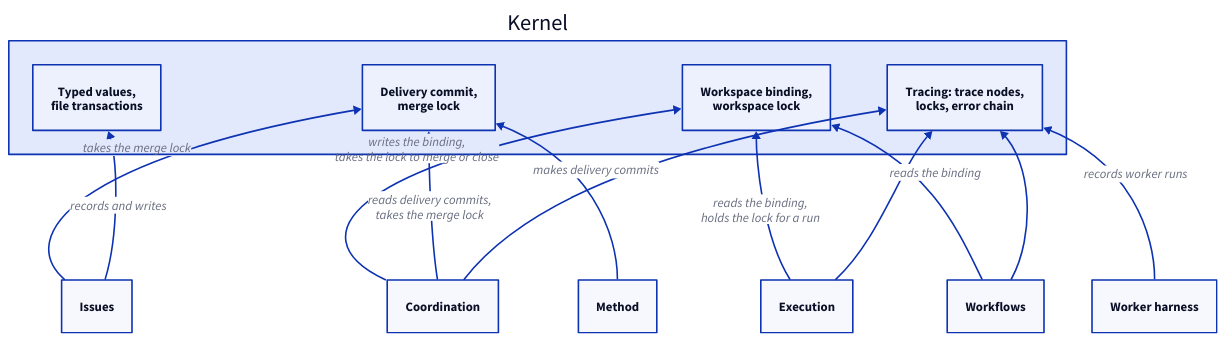
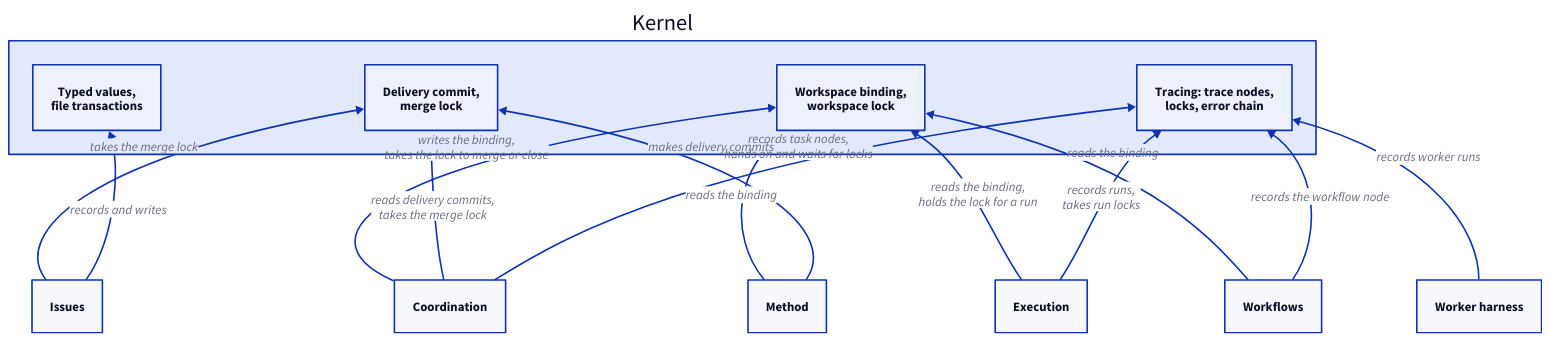
Before and after one commit to FTOD/concorde: the diagram in specs/concorde/kernel/module.md, drawn with D2. The commit also changed other lines of this file and 10 other files, not shown here.

````diff
--- a/specs/concorde/kernel/module.md
+++ b/specs/concorde/kernel/module.md
@@ -132,26 +146,27 @@
 ```d2 illustrative
 direction: up
 kernel: Kernel {
   data: "Typed values,\nfile transactions"
   workspace: "Workspace binding,\nworkspace lock"
   primary: "Delivery commit,\nmerge lock"
   tracing: "Tracing: trace nodes,\nlocks, error chain"
 }
 coordination: Coordination
 execution: Execution
 workflow: Workflows
 method: Method
 harness: Worker harness
 issues: Issues
 coordination -> kernel.workspace: "writes the binding,\ntakes the lock to merge or close"
 coordination -> kernel.primary: "reads delivery commits,\ntakes the merge lock"
 execution -> kernel.workspace: "reads the binding,\nholds the lock for a run"
 workflow -> kernel.workspace: reads the binding
+method -> kernel.workspace: reads the binding
 method -> kernel.primary: makes delivery commits
 issues -> kernel.primary: takes the merge lock
 issues -> kernel.data: records and writes
 harness -> kernel.tracing: records worker runs
-coordination -> kernel.tracing
-execution -> kernel.tracing
-workflow -> kernel.tracing
+coordination -> kernel.tracing: "records task nodes,\nhands on and waits for locks"
+execution -> kernel.tracing: "records runs,\ntakes run locks"
+workflow -> kernel.tracing: records the workflow node
 ```
````
